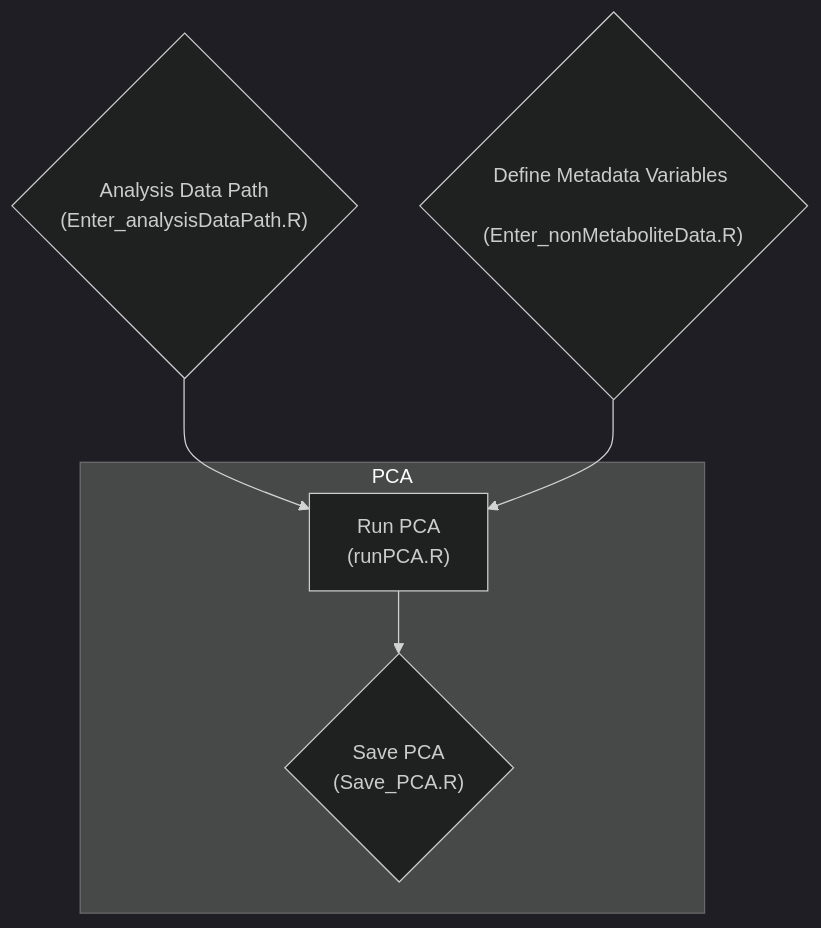
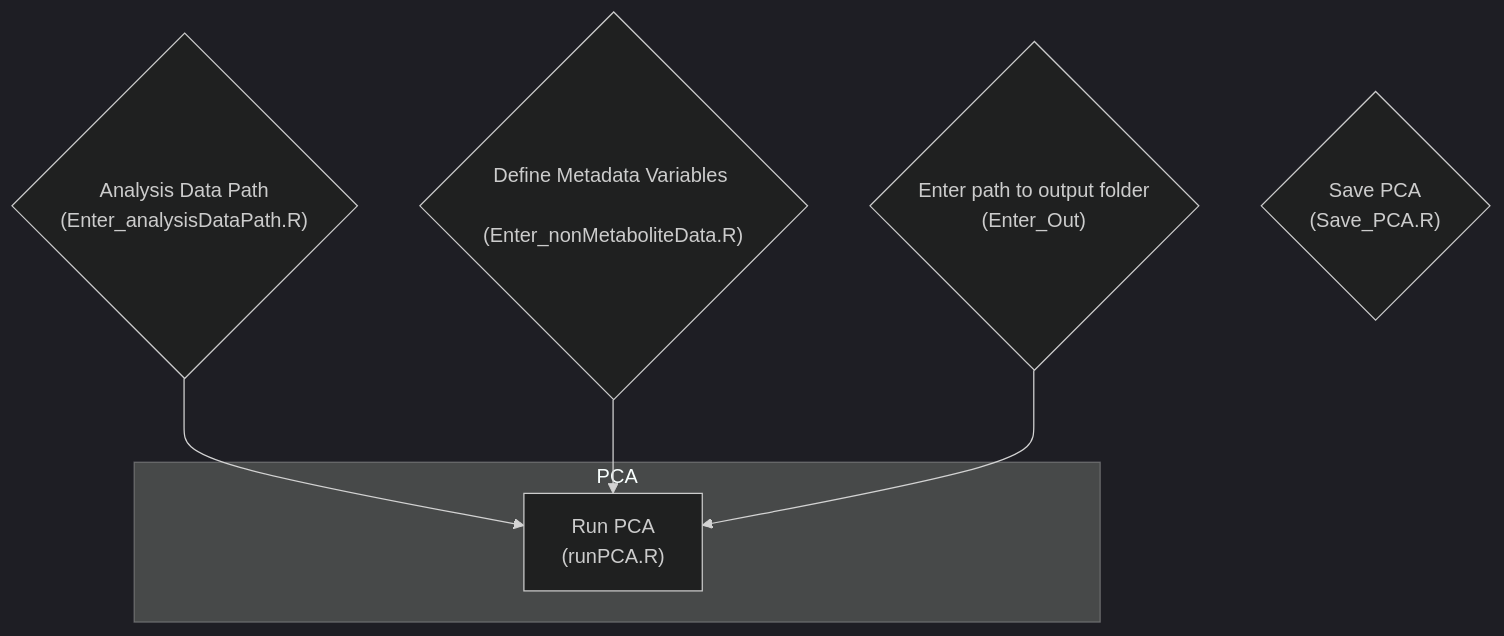
The third of 11 diagrams in README.qmd (datalifecycle-ua/MetabolomicsPipeline), drawn with Mermaid (dark theme) before and after one commit. The commit also changed other lines of this file and 20 other files, not shown here.

````diff
--- a/README.qmd
+++ b/README.qmd
@@ -175,22 +172,24 @@
 ```{mermaid}
 flowchart TD
     
     %% Define nodes
     A{"Analysis Data Path <br> (Enter_analysisDataPath.R)"}
+    F{"Enter path to output folder <br> (Enter_Out)"}
     B{"Define Metadata Variables <br> (Enter_nonMetaboliteData.R)"}
 
     D["Run PCA <br> (runPCA.R)"]
 
     E{"Save PCA <br> (Save_PCA.R)"}
 
 
 %% Establish relationships
 
     A-->D
     B --> D
+    F --> D
     subgraph PCA
-        D--> E
+        D
     end
 
 
 ```
````
